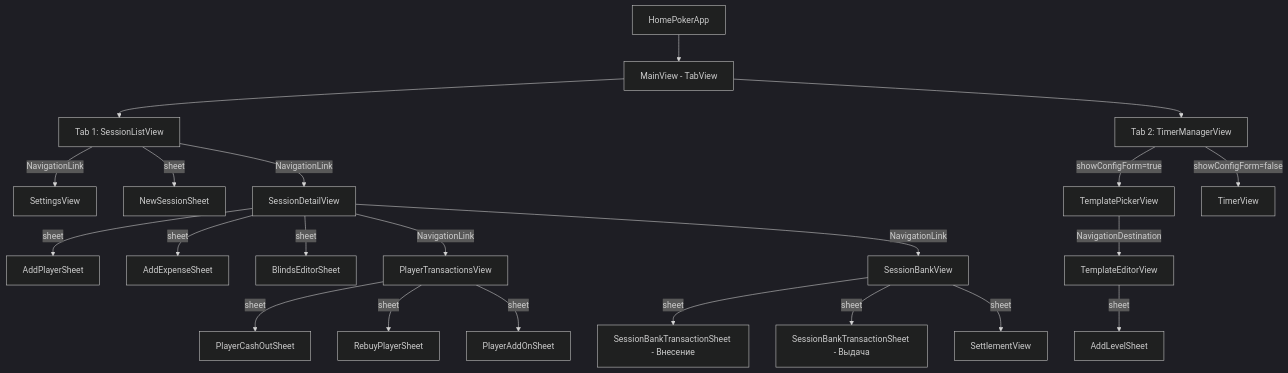
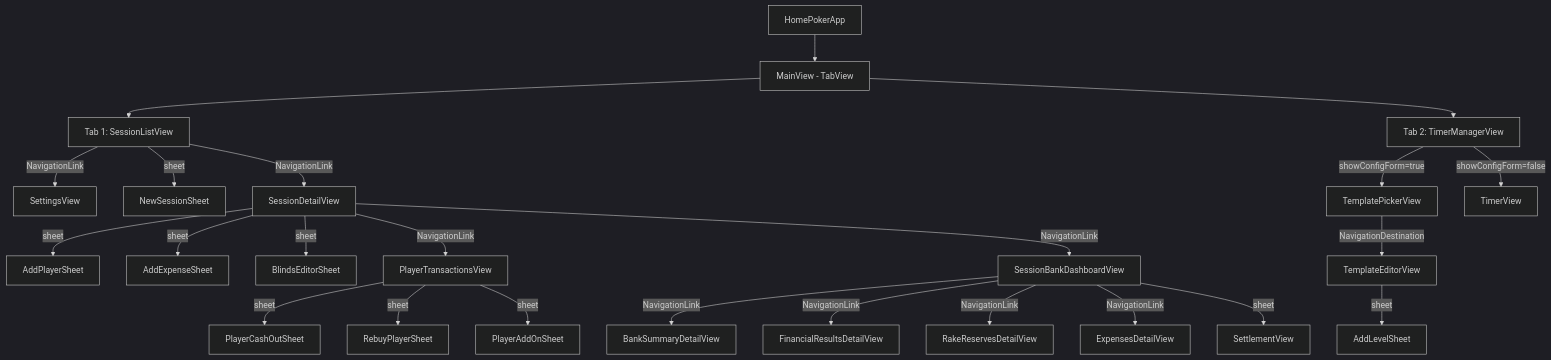
One commit to OutOfOdds/Home-Poker changed the first of 4 diagrams in Home Poker/Docs/architecture-flow.md. Above: the diagram before and after it, drawn with Mermaid (dark theme). The commit also changed other lines of this file and 20 other files, not shown here.

````diff
--- a/Home Poker/Docs/architecture-flow.md
+++ b/Home Poker/Docs/architecture-flow.md
@@ -16,36 +16,38 @@
 ```mermaid
 graph TD
     App[HomePokerApp] --> Main[MainView - TabView]
 
     %% Tab 1: Сессии
     Main --> Tab1[Tab 1: SessionListView]
     Main --> Tab2[Tab 2: TimerManagerView]
 
     %% SessionListView
     Tab1 -->|NavigationLink| Settings[SettingsView]
     Tab1 -->|sheet| NewSession[NewSessionSheet]
     Tab1 -->|NavigationLink| Detail[SessionDetailView]
 
     %% SessionDetailView sheets
     Detail -->|sheet| AddPlayer[AddPlayerSheet]
     Detail -->|sheet| AddExpense[AddExpenseSheet]
     Detail -->|sheet| BlindsEditor[BlindsEditorSheet]
     Detail -->|NavigationLink| PlayerDetails[PlayerTransactionsView]
 
     %% PlayerTransactionsView sheets
     PlayerDetails -->|sheet| PlayerCashOut[PlayerCashOutSheet]
     PlayerDetails -->|sheet| PlayerRebuy[RebuyPlayerSheet]
     PlayerDetails -->|sheet| PlayerAddOn[PlayerAddOnSheet]
 
-    %% SessionBankView
-    Detail -->|NavigationLink| Bank[SessionBankView]
-    Bank -->|sheet| BankDeposit[SessionBankTransactionSheet - Внесение]
-    Bank -->|sheet| BankWithdraw[SessionBankTransactionSheet - Выдача]
+    %% SessionBankDashboardView
+    Detail -->|NavigationLink| Bank[SessionBankDashboardView]
+    Bank -->|NavigationLink| BankDetails[BankSummaryDetailView]
+    Bank -->|NavigationLink| FinancialResults[FinancialResultsDetailView]
+    Bank -->|NavigationLink| RakeReserves[RakeReservesDetailView]
+    Bank -->|NavigationLink| ExpensesDetail[ExpensesDetailView]
     Bank -->|sheet| Settlement[SettlementView]
 
     %% Timer flow
     Tab2 -->|showConfigForm=true| TemplatePicker[TemplatePickerView]
     Tab2 -->|showConfigForm=false| Timer[TimerView]
     TemplatePicker -->|NavigationDestination| TemplateEditor[TemplateEditorView]
     TemplateEditor -->|sheet| AddLevel[AddLevelSheet]
 ```
````
